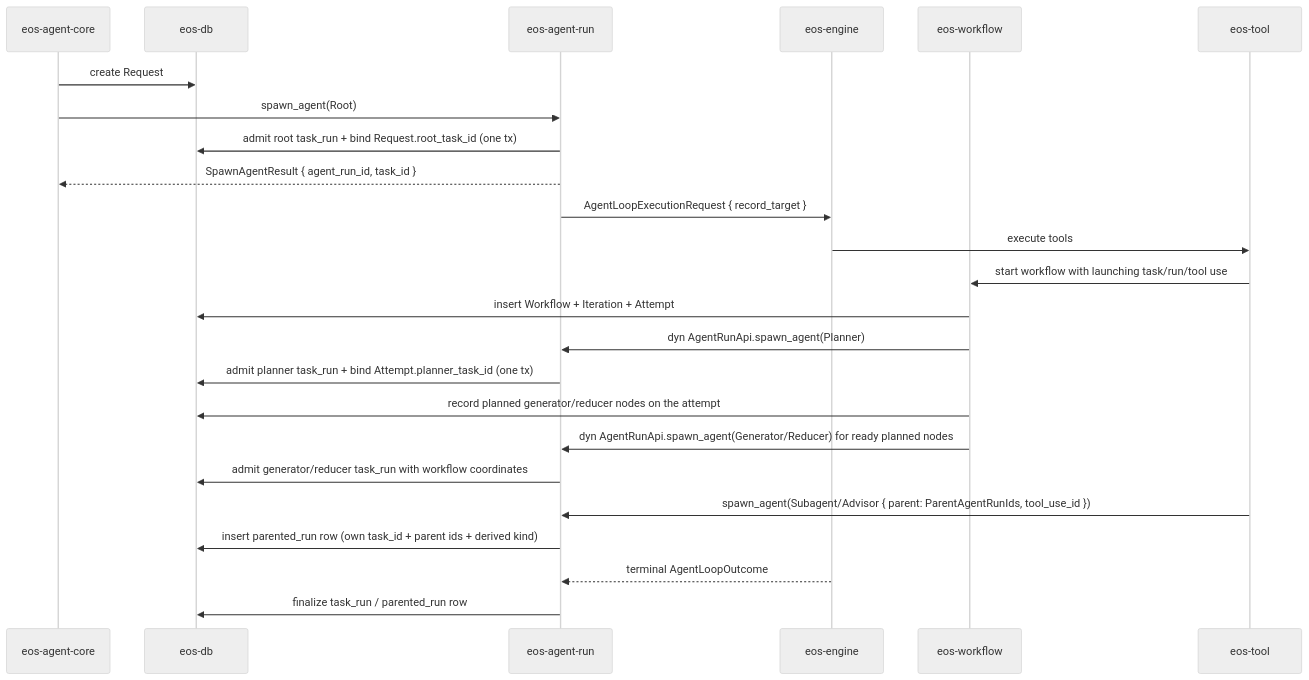
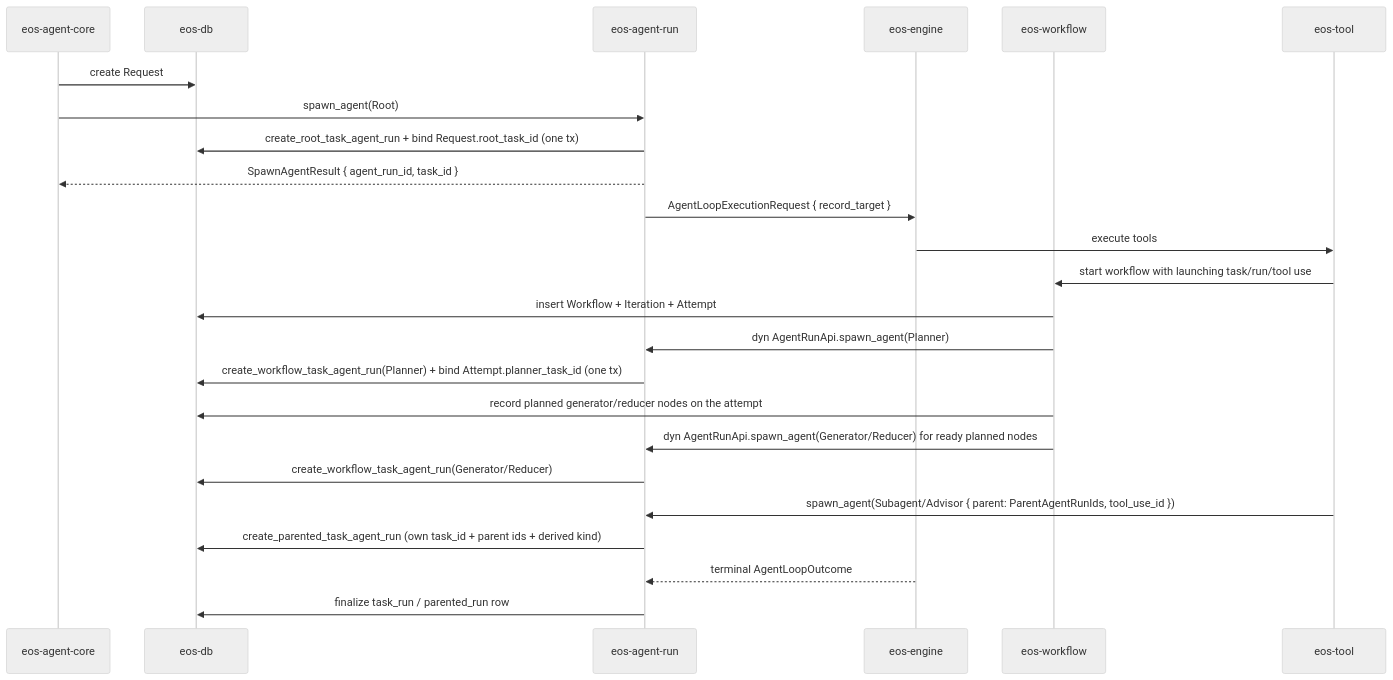
One commit to Ephemeral-AI-Lab/ephemeral-os changed the second of 2 diagrams in docs/plans/agent-core-workspace-architecture-rules/phase-03b-execution-lineage-materialization_SPEC.md. Above: the diagram before and after it, drawn with Mermaid (neutral theme). The commit also changed other lines of this file and 751 other files, not shown here.

````diff
--- a/docs/plans/agent-core-workspace-architecture-rules/phase-03b-execution-lineage-materialization_SPEC.md
+++ b/docs/plans/agent-core-workspace-architecture-rules/phase-03b-execution-lineage-materialization_SPEC.md
@@ -313,27 +340,27 @@
 ```mermaid
 sequenceDiagram
     participant Core as eos-agent-core
     participant Db as eos-db
     participant Run as eos-agent-run
     participant Engine as eos-engine
     participant Workflow as eos-workflow
     participant Tool as eos-tool
 
     Core->>Db: create Request
     Core->>Run: spawn_agent(Root)
-    Run->>Db: admit root task_run + bind Request.root_task_id (one tx)
+    Run->>Db: create_root_task_agent_run + bind Request.root_task_id (one tx)
     Run-->>Core: SpawnAgentResult { agent_run_id, task_id }
     Run->>Engine: AgentLoopExecutionRequest { record_target }
     Engine->>Tool: execute tools
     Tool->>Workflow: start workflow with launching task/run/tool use
     Workflow->>Db: insert Workflow + Iteration + Attempt
     Workflow->>Run: dyn AgentRunApi.spawn_agent(Planner)
-    Run->>Db: admit planner task_run + bind Attempt.planner_task_id (one tx)
+    Run->>Db: create_workflow_task_agent_run(Planner) + bind Attempt.planner_task_id (one tx)
     Workflow->>Db: record planned generator/reducer nodes on the attempt
     Workflow->>Run: dyn AgentRunApi.spawn_agent(Generator/Reducer) for ready planned nodes
-    Run->>Db: admit generator/reducer task_run with workflow coordinates
+    Run->>Db: create_workflow_task_agent_run(Generator/Reducer)
     Tool->>Run: spawn_agent(Subagent/Advisor { parent: ParentAgentRunIds, tool_use_id })
-    Run->>Db: insert parented_run row (own task_id + parent ids + derived kind)
+    Run->>Db: create_parented_task_agent_run (own task_id + parent ids + derived kind)
     Engine-->>Run: terminal AgentLoopOutcome
     Run->>Db: finalize task_run / parented_run row
 ```
````
